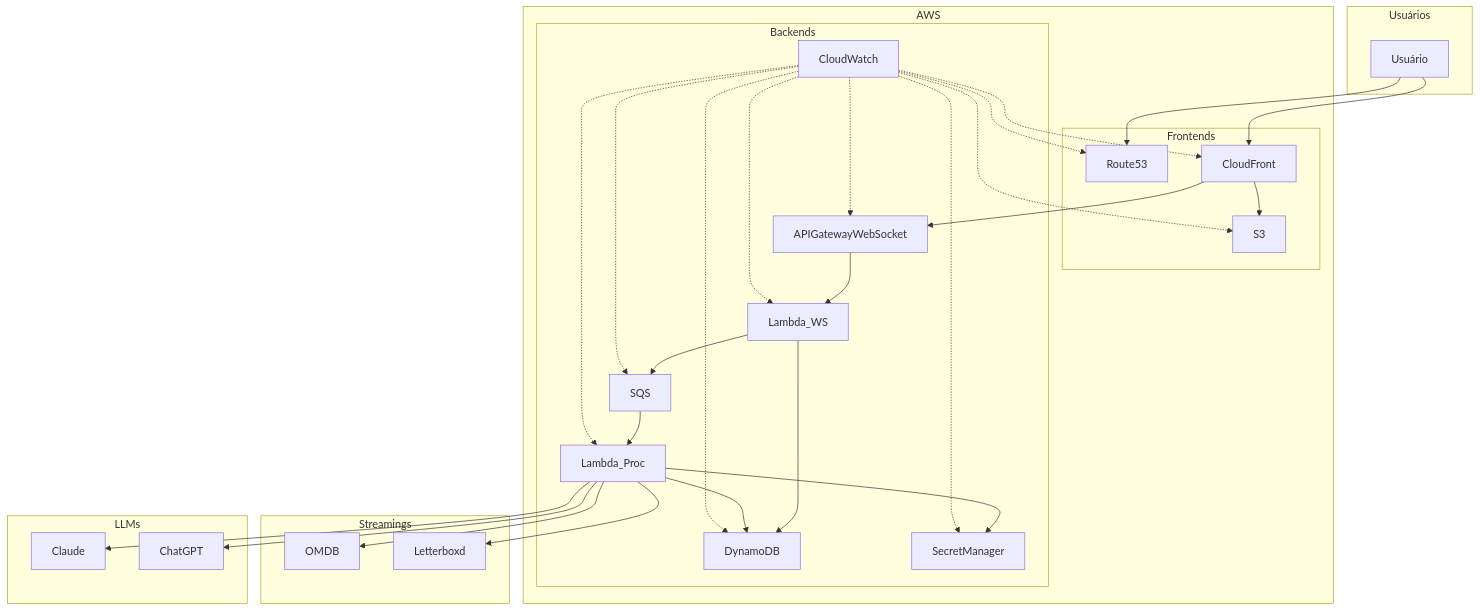
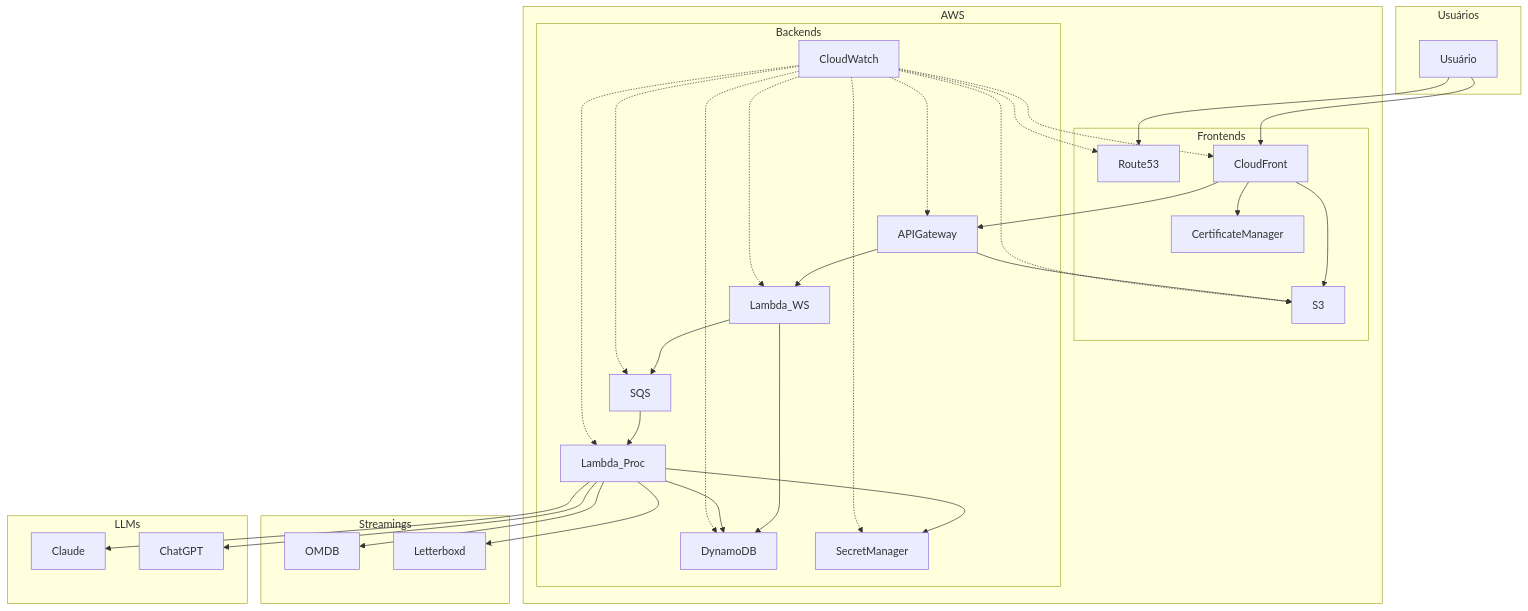
One commit to caioviann/Flixy-DevOps changed the second of 2 diagrams in README.md. Above: the diagram before and after it, drawn with Mermaid. The commit also changed other lines of this file and 34 other files, not shown here.

````diff
--- a/README.md
+++ b/README.md
@@ -96,62 +115,65 @@
 ```mermaid
 flowchart TD
 
 subgraph Usuários
     Usuário
 end
 
 subgraph AWS
     subgraph Frontends
         Route53
+        CertificateManager
         CloudFront
         S3
     end
 
     subgraph Backends
-        APIGatewayWebSocket
+        APIGateway
         Lambda_WS
         DynamoDB
         SQS
         Lambda_Proc
         SecretManager
         CloudWatch
     end
 end
 
 subgraph Streamings
     OMDB
     Letterboxd
 end
 
 subgraph LLMs
     Claude
     ChatGPT
 end
 
 Usuário --> Route53
 Usuário --> CloudFront
+CloudFront --> CertificateManager
 CloudFront --> S3
-CloudFront --> APIGatewayWebSocket
-APIGatewayWebSocket --> Lambda_WS
+CloudFront --> APIGateway
+APIGateway --> Lambda_WS
+APIGateway --> S3
 Lambda_WS --> DynamoDB
 Lambda_WS --> SQS
 SQS --> Lambda_Proc
 Lambda_Proc --> SecretManager
 Lambda_Proc --> DynamoDB
 
 CloudWatch -.-> Route53
 CloudWatch -.-> CloudFront
 CloudWatch -.-> S3
-CloudWatch -.-> APIGatewayWebSocket
+CloudWatch -.-> APIGateway
 CloudWatch -.-> Lambda_WS
 CloudWatch -.-> DynamoDB
 CloudWatch -.-> SQS
 CloudWatch -.-> Lambda_Proc
 CloudWatch -.-> SecretManager
 
 Lambda_Proc --> OMDB
 Lambda_Proc --> Letterboxd
 
 Lambda_Proc --> Claude
 Lambda_Proc --> ChatGPT
 ```
````
